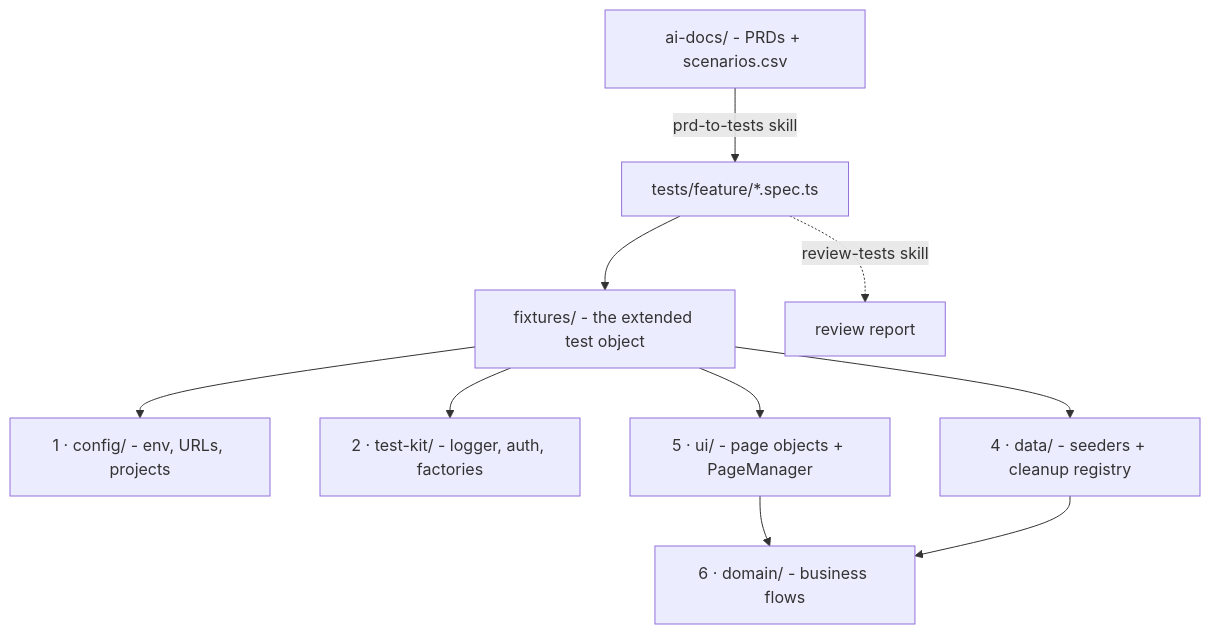
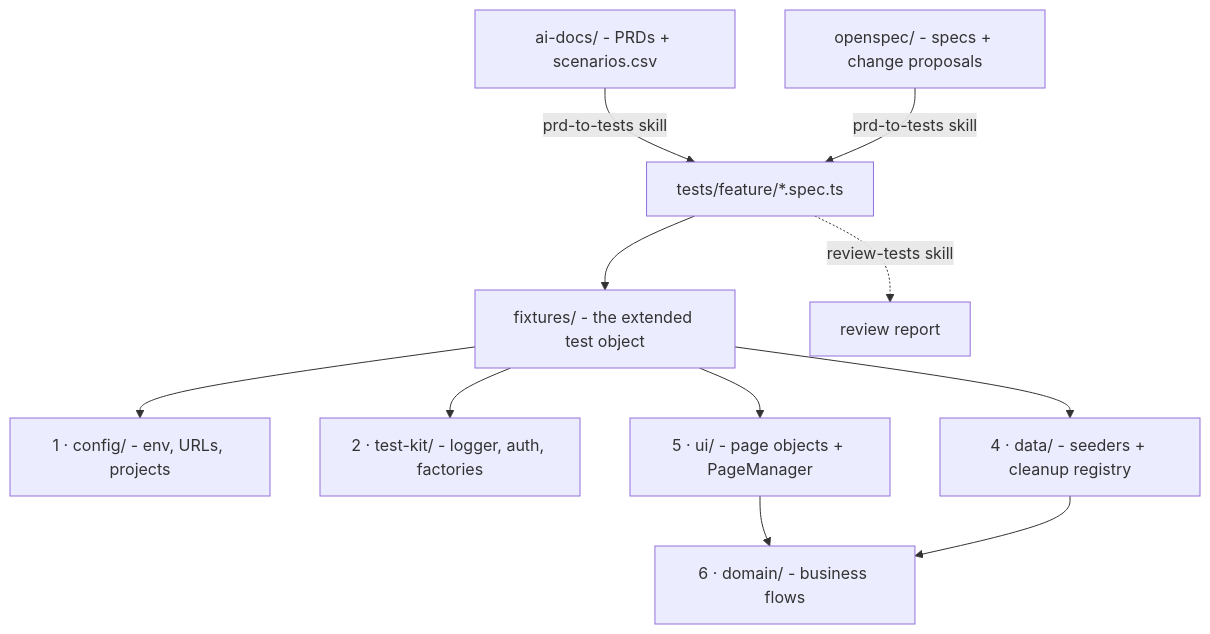
The diagram in README.md (dbanisetty/playwright-portfolio), drawn with Mermaid before and after one commit. The commit also changed other lines of this file and 40 other files, not shown here.

````diff
--- a/README.md
+++ b/README.md
@@ -31,12 +31,13 @@
 ```mermaid
 flowchart TD
   A["ai-docs/ - PRDs + scenarios.csv"] -->|prd-to-tests skill| G["tests/feature/*.spec.ts"]
+  O["openspec/ - specs + change proposals"] -->|prd-to-tests skill| G
   G --> F["fixtures/ - the extended test object"]
   F --> C1["1 · config/ - env, URLs, projects"]
   F --> C2["2 · test-kit/ - logger, auth, factories"]
   F --> C4["4 · data/ - seeders + cleanup registry"]
   F --> C5["5 · ui/ - page objects + PageManager"]
   C5 --> C6["6 · domain/ - business flows"]
   C4 --> C6
   G -.->|review-tests skill| R["review report"]
 ```
````
